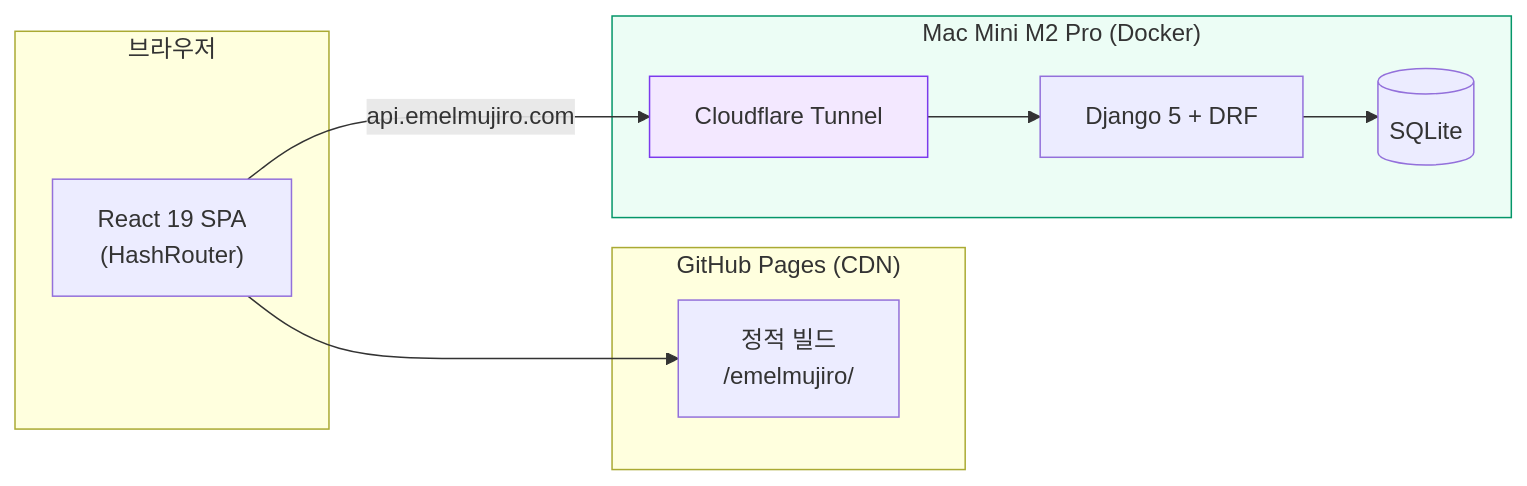
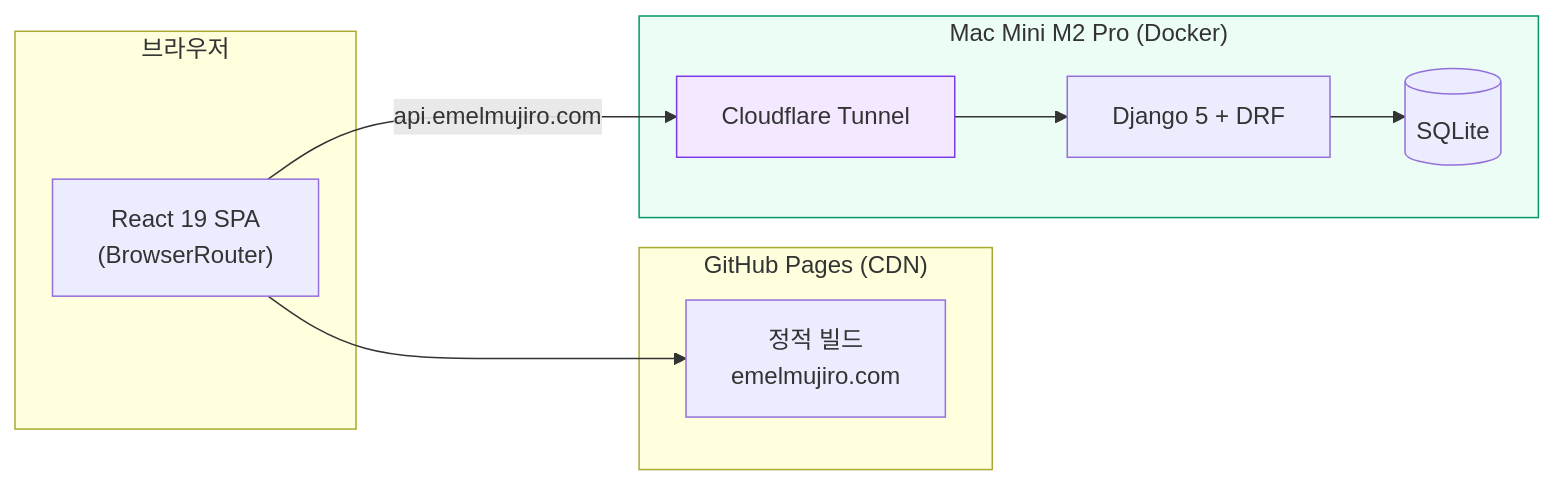
One commit to researcherhojin/emelmujiro changed the first of 2 diagrams in README.md. Above: the diagram before and after it, drawn with Mermaid. The commit also changed other lines of this file and 22 other files, not shown here.

First line of the commit message:
feat: switch from HashRouter to BrowserRouter with clean URLs

````diff
--- a/README.md
+++ b/README.md
@@ -96,24 +97,24 @@
 ```mermaid
 graph LR
     subgraph Client["브라우저"]
-        React["React 19 SPA<br/>(HashRouter)"]
+        React["React 19 SPA<br/>(BrowserRouter)"]
     end
 
     subgraph Frontend["GitHub Pages (CDN)"]
-        Static["정적 빌드<br/>/emelmujiro/"]
+        Static["정적 빌드<br/>emelmujiro.com"]
     end
 
     subgraph MacMini["Mac Mini M2 Pro (Docker)"]
         Tunnel["Cloudflare Tunnel"]
         DRF["Django 5 + DRF"]
         DB[(SQLite)]
     end
 
     React --> Static
     React -->|"api.emelmujiro.com"| Tunnel
     Tunnel --> DRF
     DRF --> DB
 
     style Tunnel fill:#F3E8FF,stroke:#7C3AED
     style MacMini fill:#ECFDF5,stroke:#059669
 ```
````
